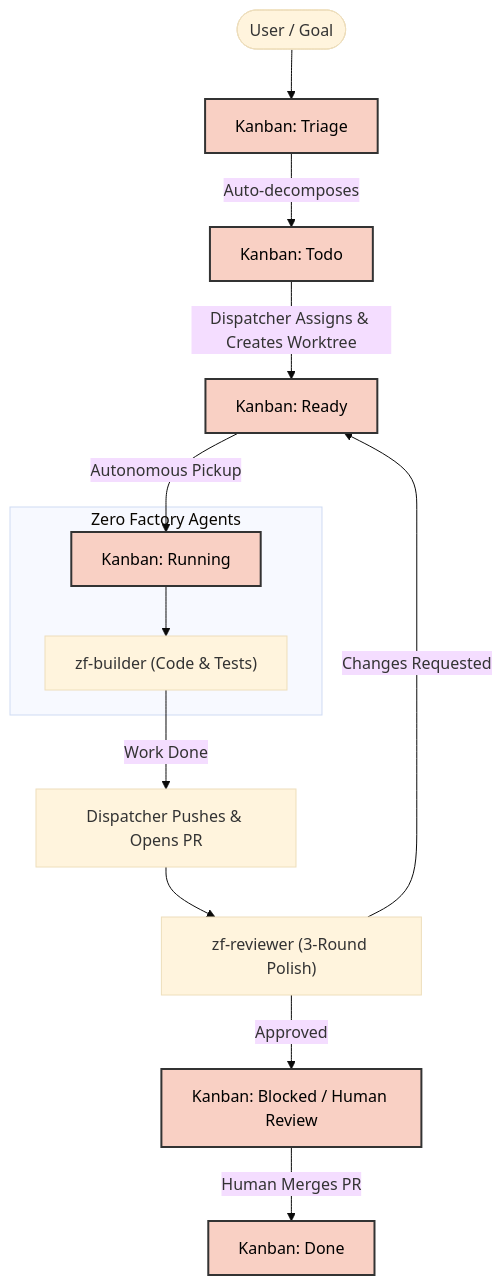
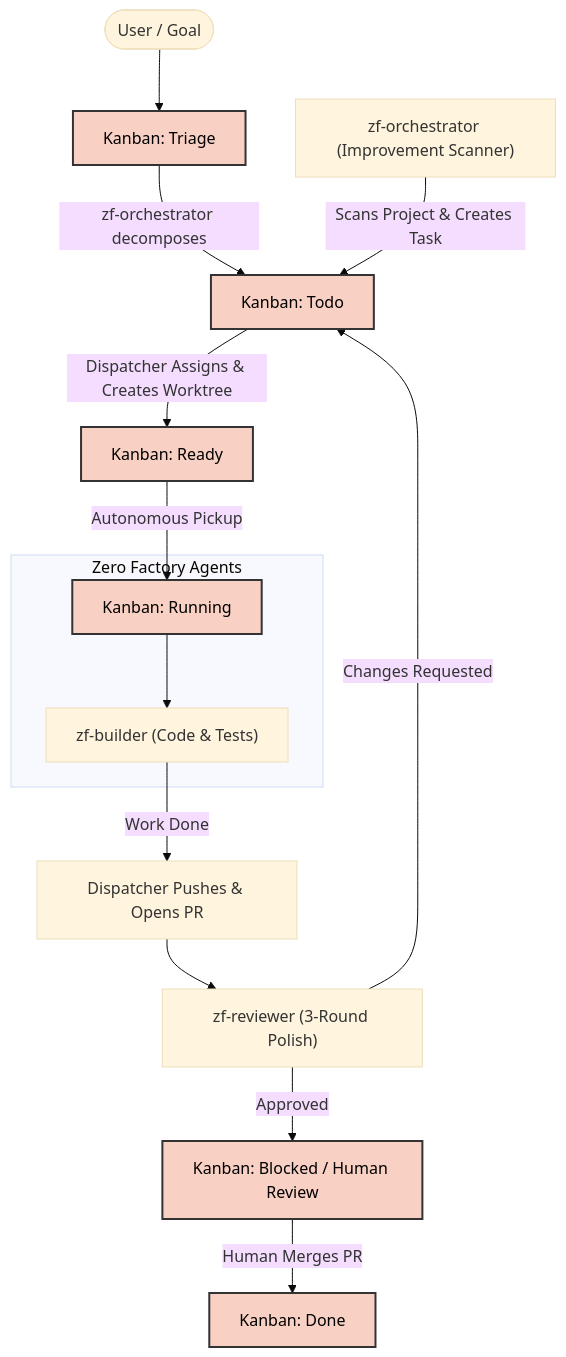
One commit to hotcode-dev/zerofactory changed the diagram in README.md. Above: the diagram before and after it, drawn with Mermaid (base theme). The commit also changed other lines of this file and 1 other file, not shown here.

Commit message:
docs: update documentation to detail zf-orchestrator repository scanning and Todo task generation

````diff
--- a/README.md
+++ b/README.md
@@ -5,19 +5,20 @@
 ```mermaid
 graph TD
     classDef kanban fill:#f9d0c4,stroke:#333,stroke-width:2px,color:#000;
     
     User([User / Goal]) --> Triage[Kanban: Triage]:::kanban
-    Triage -->|Auto-decomposes| Todo[Kanban: Todo]:::kanban
+    Triage -->|zf-orchestrator decomposes| Todo[Kanban: Todo]:::kanban
+    Scanner["zf-orchestrator (Improvement Scanner)"] -->|Scans Project & Creates Task| Todo
     Todo -->|Dispatcher Assigns & Creates Worktree| Ready[Kanban: Ready]:::kanban
     Ready -->|Autonomous Pickup| Running[Kanban: Running]:::kanban
     
     subgraph Zero Factory Agents
         Running --> Builder["zf-builder (Code & Tests)"]
     end
     
     Builder -->|Work Done| PR[Dispatcher Pushes & Opens PR]
     PR --> Reviewer["zf-reviewer (3-Round Polish)"]
-    Reviewer -->|Changes Requested| Ready
+    Reviewer -->|Changes Requested| Todo
     Reviewer -->|Approved| Blocked[Kanban: Blocked / Human Review]:::kanban
     Blocked -->|Human Merges PR| Done[Kanban: Done]:::kanban
 ```
````
